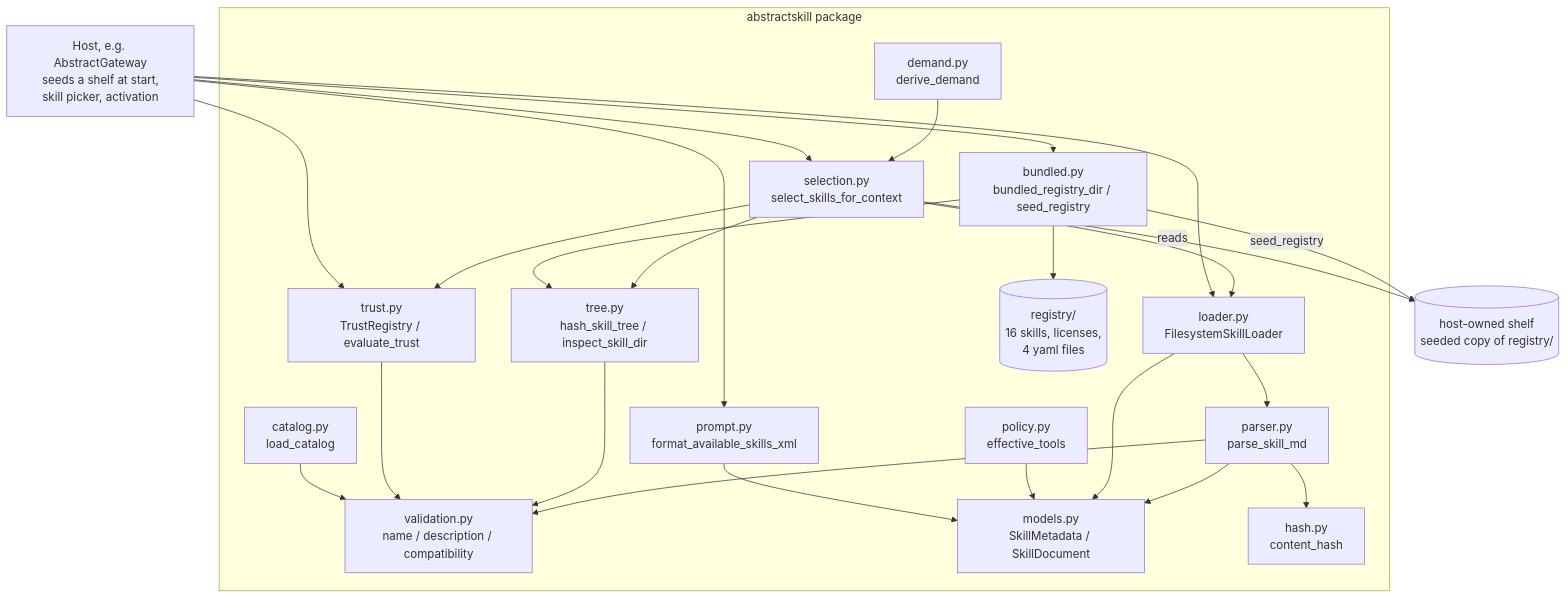
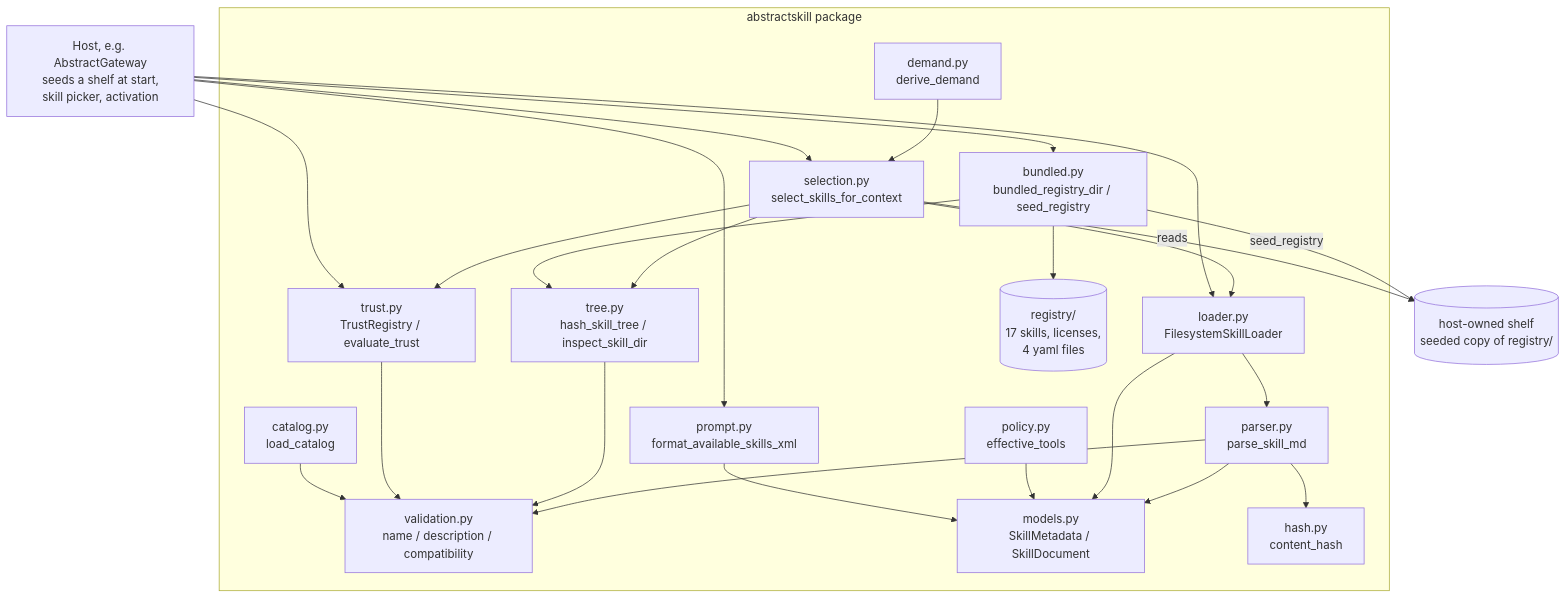
Before and after one commit to lpalbou/AbstractSkill: the first of 4 diagrams in docs/architecture.md, drawn with Mermaid. The commit also changed 20 other files, not shown here.

````diff
--- a/docs/architecture.md
+++ b/docs/architecture.md
@@ -15,47 +15,47 @@
 ```mermaid
 graph TD
     subgraph pkg[abstractskill package]
         parser[parser.py<br/>parse_skill_md]
         validation[validation.py<br/>name / description / compatibility]
         models[models.py<br/>SkillMetadata / SkillDocument]
         hash[hash.py<br/>content_hash]
         loader[loader.py<br/>FilesystemSkillLoader]
         tree[tree.py<br/>hash_skill_tree / inspect_skill_dir]
         trust[trust.py<br/>TrustRegistry / evaluate_trust]
         selection[selection.py<br/>select_skills_for_context]
         prompt[prompt.py<br/>format_available_skills_xml]
         policy[policy.py<br/>effective_tools]
         demand[demand.py<br/>derive_demand]
         catalog[catalog.py<br/>load_catalog]
         bundled[bundled.py<br/>bundled_registry_dir / seed_registry]
-        registry[(registry/<br/>16 skills, licenses,<br/>4 yaml files)]
+        registry[(registry/<br/>17 skills, licenses,<br/>4 yaml files)]
     end
 
     parser --> validation
     parser --> models
     parser --> hash
     loader --> parser
     loader --> models
     tree --> validation
     trust --> validation
     catalog --> validation
     selection --> loader
     selection --> tree
     selection --> trust
     demand --> selection
     policy --> models
     prompt --> models
     bundled --> tree
     bundled --> registry
 
     host[Host, e.g. AbstractGateway<br/>seeds a shelf at start,<br/>skill picker, activation]
     shelf[(host-owned shelf<br/>seeded copy of registry/)]
 
     host --> bundled
     bundled -->|seed_registry| shelf
     host --> selection
     selection -->|reads| shelf
     host --> prompt
     host --> loader
     host --> trust
 ```
````
